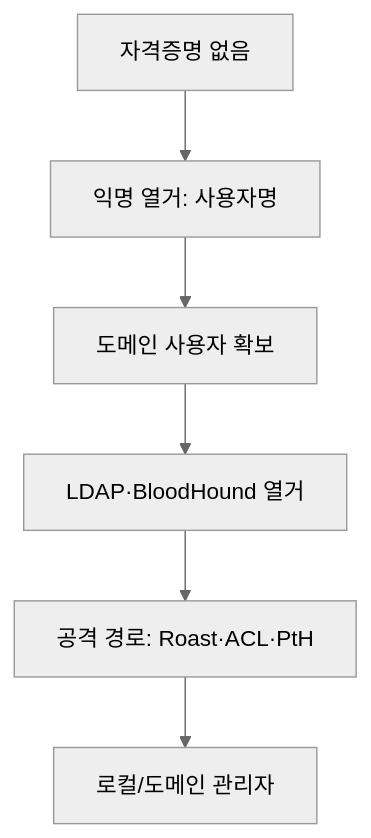
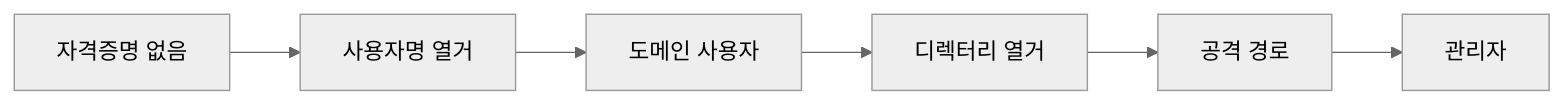
The diagram in _notes/active-directory-cheatsheet.md (logiciris/logiciris.github.io), drawn with Mermaid (neutral theme) before and after one commit. The commit also changed other lines of this file and 4 other files, not shown here.

First line of the commit message:
notes: drop flowery wording, make step-2 diagram horizontal

````diff
--- a/_notes/active-directory-cheatsheet.md
+++ b/_notes/active-directory-cheatsheet.md
@@ -14,8 +14,4 @@
 ```mermaid
-flowchart TB
-  N[자격증명 없음] --> E1[익명 열거: 사용자명]
-  E1 --> U[도메인 사용자 확보]
-  U --> E2[LDAP·BloodHound 열거]
-  E2 --> P[공격 경로: Roast·ACL·PtH]
-  P --> A[로컬/도메인 관리자]
+flowchart LR
+  N[자격증명 없음] --> E1[사용자명 열거] --> U[도메인 사용자] --> E2[디렉터리 열거] --> P[공격 경로] --> A[관리자]
 ```
````
